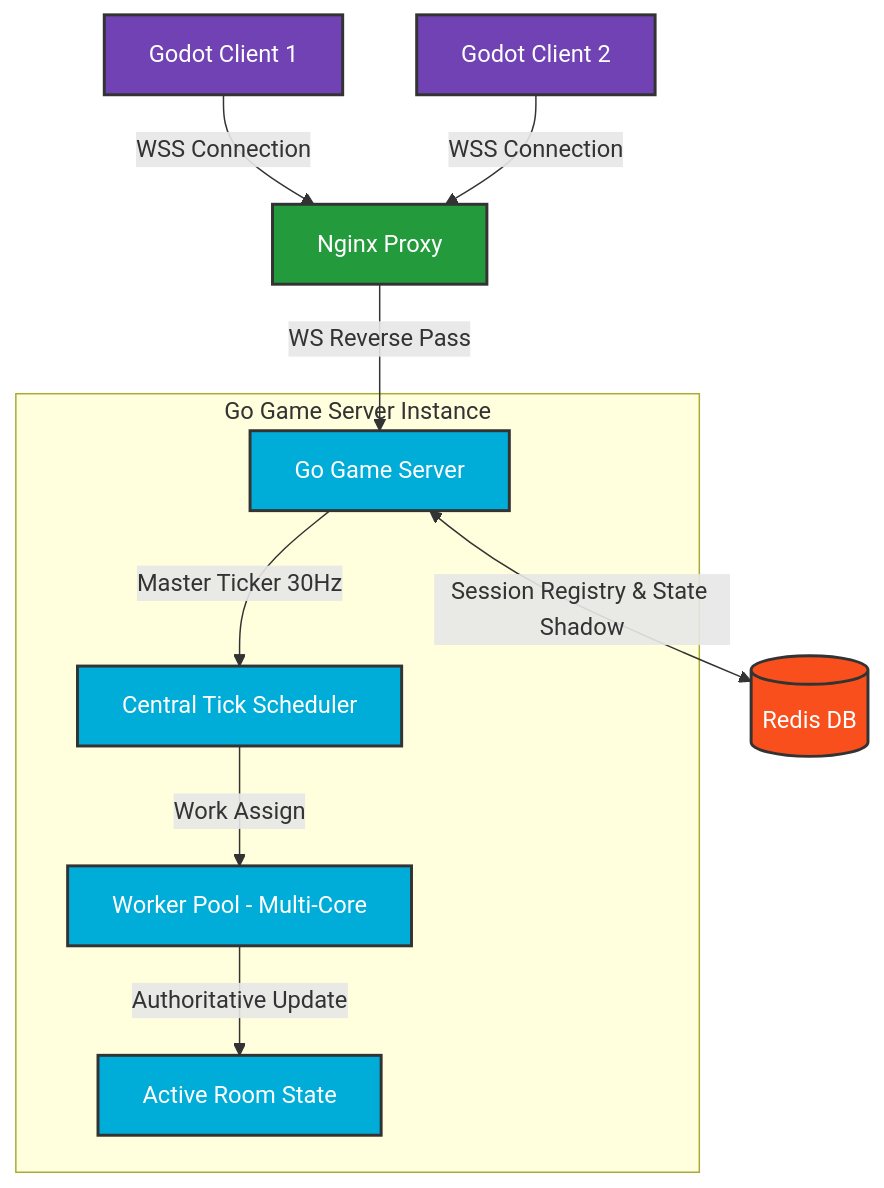
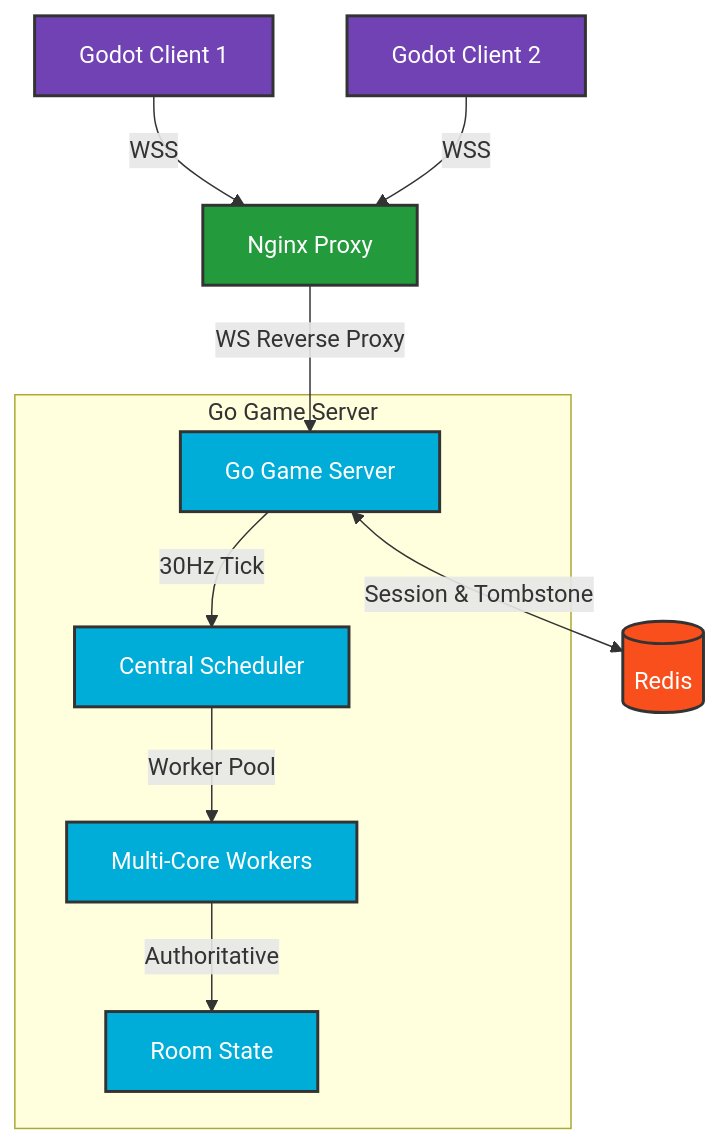
One commit to qizh1yang/PixelBomb changed the diagram in README.md. Above: the diagram before and after it, drawn with Mermaid. The commit also changed other lines of this file, not shown here.

Commit message:
更新 README.md：补充热更新、重连系统、Redis、Prometheus 等文档

````diff
--- a/README.md
+++ b/README.md
@@ -26,20 +28,19 @@
 ```mermaid
 graph TD
     classDef client fill:#7042b4,stroke:#333,stroke-width:2px,color:#fff;
     classDef proxy fill:#239a3b,stroke:#333,stroke-width:2px,color:#fff;
     classDef server fill:#00add8,stroke:#333,stroke-width:2px,color:#fff;
     classDef db fill:#f94f1c,stroke:#333,stroke-width:2px,color:#fff;
 
-    C1[Godot Client 1]:::client -->|WSS Connection| N[Nginx Proxy]:::proxy
-    C2[Godot Client 2]:::client -->|WSS Connection| N
-    
-    N -->|WS Reverse Pass| GS[Go Game Server]:::server
-    
-    subgraph Go Game Server Instance
-        GS -->|Master Ticker 30Hz| S[Central Tick Scheduler]:::server
-        S -->|Work Assign| W[Worker Pool - Multi-Core]:::server
-        W -->|Authoritative Update| R[Active Room State]:::server
+    C1[Godot Client 1]:::client -->|WSS| N[Nginx Proxy]:::proxy
+    C2[Godot Client 2]:::client -->|WSS| N
+    N -->|WS Reverse Proxy| GS[Go Game Server]:::server
+
+    subgraph Go Game Server
+        GS -->|30Hz Tick| S[Central Scheduler]:::server
+        S -->|Worker Pool| W[Multi-Core Workers]:::server
+        W -->|Authoritative| R[Room State]:::server
     end
-    
-    GS <-->|Session Registry & State Shadow| RD[(Redis DB)]:::db
+
+    GS <-->|Session & Tombstone| RD[(Redis)]:::db
 ```
````
